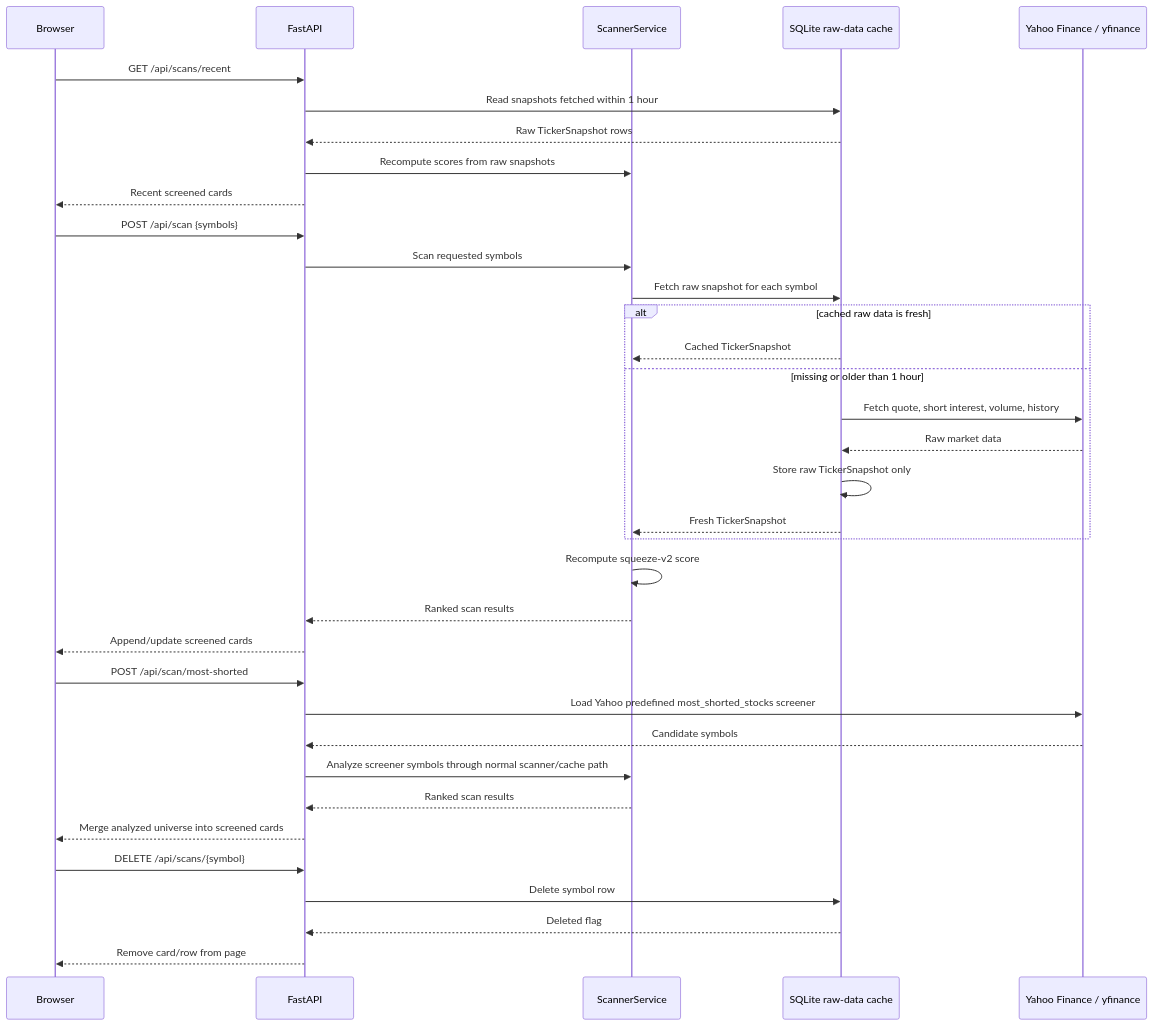
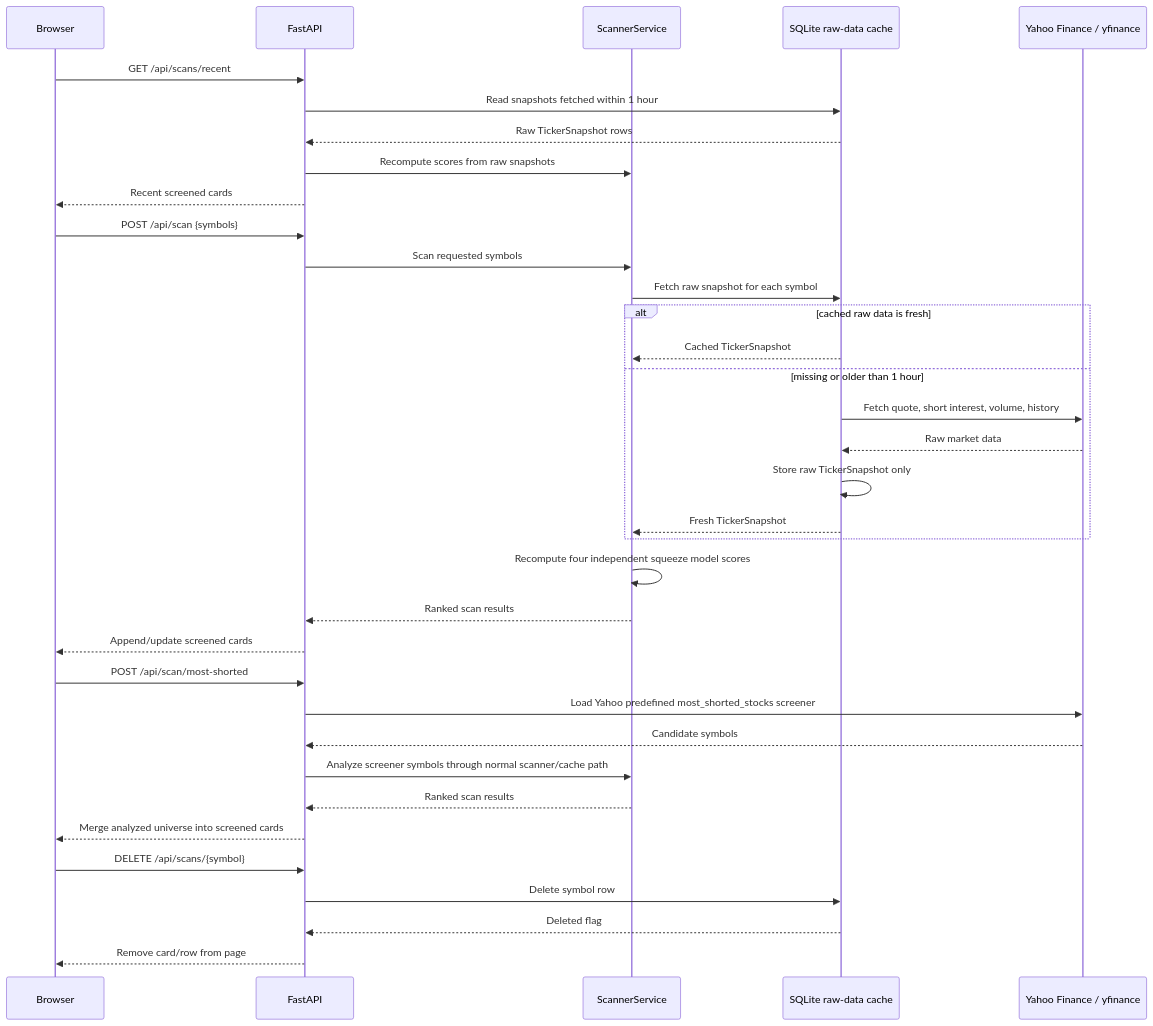
Before and after one commit to agorevski/SqueezeScanner: the second of 2 diagrams in ARCHITECTURE.md, drawn with Mermaid. The commit also changed other lines of this file and 13 other files, not shown here.

Commit message:
Add four independent squeeze scoring models

````diff
--- a/ARCHITECTURE.md
+++ b/ARCHITECTURE.md
@@ -28,41 +28,41 @@
 ```mermaid
 sequenceDiagram
     participant Browser
     participant API as FastAPI
     participant Scanner as ScannerService
     participant Cache as SQLite raw-data cache
     participant Yahoo as Yahoo Finance / yfinance
 
     Browser->>API: GET /api/scans/recent
     API->>Cache: Read snapshots fetched within 1 hour
     Cache-->>API: Raw TickerSnapshot rows
     API->>Scanner: Recompute scores from raw snapshots
     API-->>Browser: Recent screened cards
 
     Browser->>API: POST /api/scan {symbols}
     API->>Scanner: Scan requested symbols
     Scanner->>Cache: Fetch raw snapshot for each symbol
     alt cached raw data is fresh
         Cache-->>Scanner: Cached TickerSnapshot
     else missing or older than 1 hour
         Cache->>Yahoo: Fetch quote, short interest, volume, history
         Yahoo-->>Cache: Raw market data
         Cache->>Cache: Store raw TickerSnapshot only
         Cache-->>Scanner: Fresh TickerSnapshot
     end
-    Scanner->>Scanner: Recompute squeeze-v2 score
+    Scanner->>Scanner: Recompute four independent squeeze model scores
     Scanner-->>API: Ranked scan results
     API-->>Browser: Append/update screened cards
 
     Browser->>API: POST /api/scan/most-shorted
     API->>Yahoo: Load Yahoo predefined most_shorted_stocks screener
     Yahoo-->>API: Candidate symbols
     API->>Scanner: Analyze screener symbols through normal scanner/cache path
     Scanner-->>API: Ranked scan results
     API-->>Browser: Merge analyzed universe into screened cards
 
     Browser->>API: DELETE /api/scans/{symbol}
     API->>Cache: Delete symbol row
     Cache-->>API: Deleted flag
     API-->>Browser: Remove card/row from page
 ```
````
